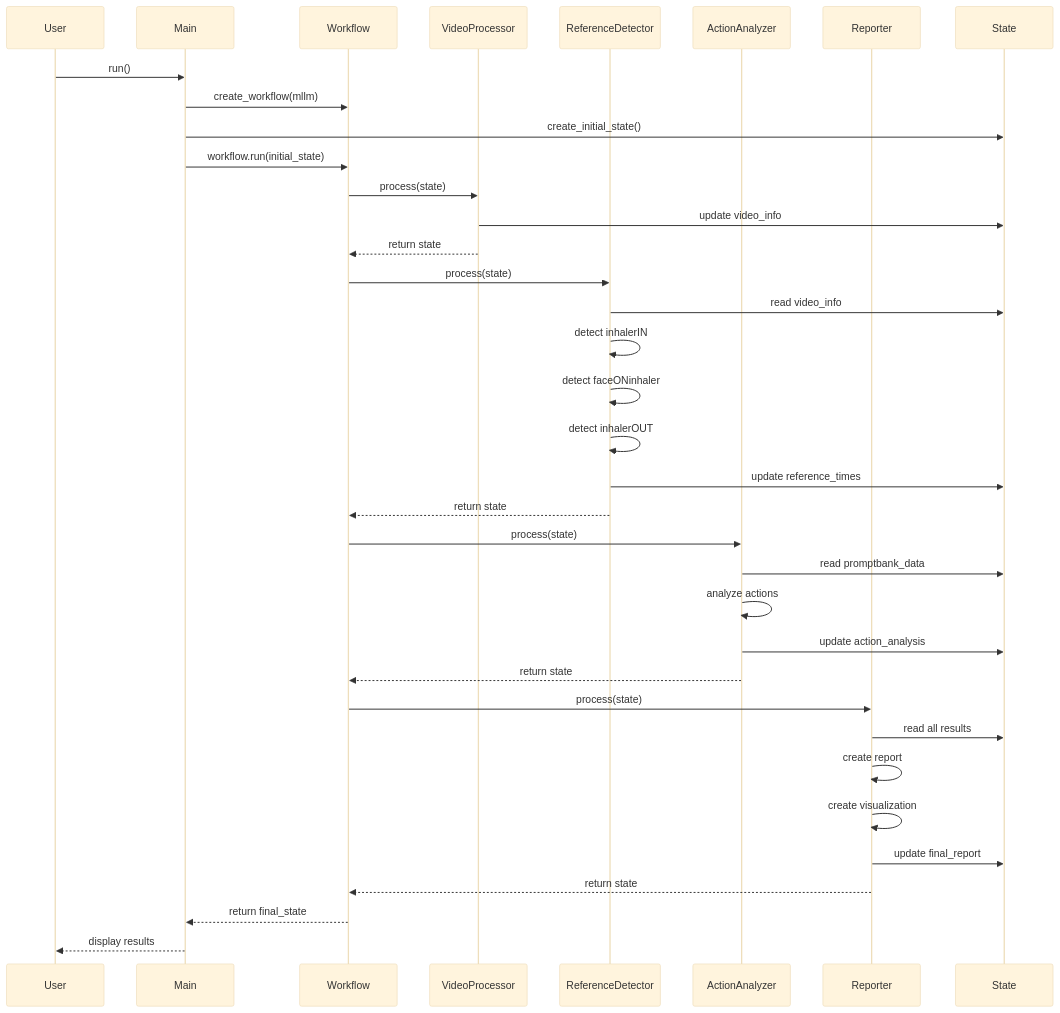
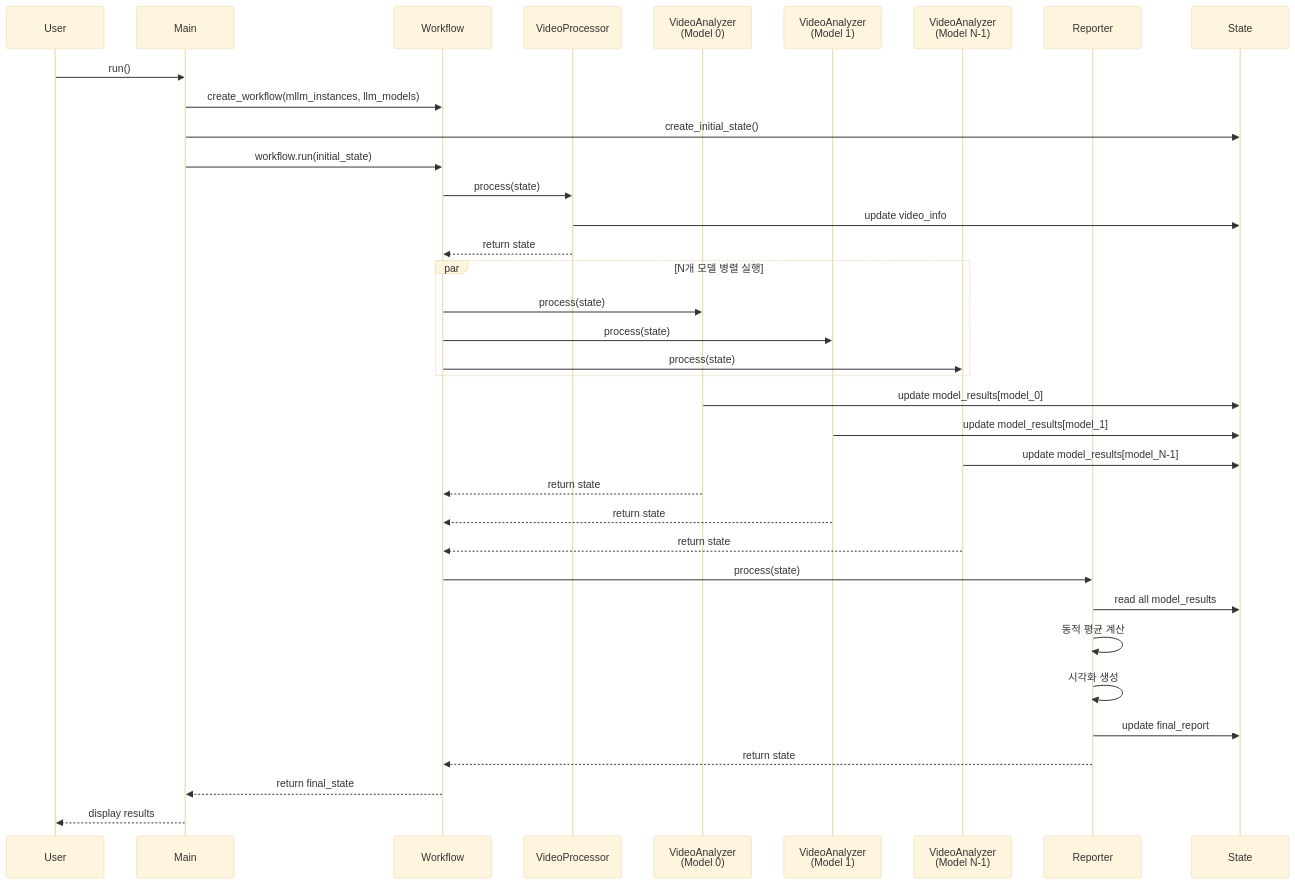
The sixth of 12 diagrams in app/ARCHITECTURE.md (BrianTakion/AI_inhaler_Langgraph), drawn with Mermaid (base theme) before and after one commit. The commit also changed other lines of this file and 29 other files, not shown here.

````diff
--- a/app/ARCHITECTURE.md
+++ b/app/ARCHITECTURE.md
@@ -277,44 +284,45 @@
 ```mermaid
 sequenceDiagram
     participant User
     participant Main
     participant Workflow
     participant VP as VideoProcessor
-    participant RD as ReferenceDetector
-    participant AA as ActionAnalyzer
+    participant VA1 as VideoAnalyzer<br/>(Model 0)
+    participant VA2 as VideoAnalyzer<br/>(Model 1)
+    participant VAN as VideoAnalyzer<br/>(Model N-1)
     participant RA as Reporter
     participant State
     
     User->>Main: run()
-    Main->>Workflow: create_workflow(mllm)
+    Main->>Workflow: create_workflow(mllm_instances, llm_models)
     Main->>State: create_initial_state()
     Main->>Workflow: workflow.run(initial_state)
     
     Workflow->>VP: process(state)
     VP->>State: update video_info
     VP-->>Workflow: return state
     
-    Workflow->>RD: process(state)
-    RD->>State: read video_info
-    RD->>RD: detect inhalerIN
-    RD->>RD: detect faceONinhaler
-    RD->>RD: detect inhalerOUT
-    RD->>State: update reference_times
-    RD-->>Workflow: return state
+    par N개 모델 병렬 실행
+        Workflow->>VA1: process(state)
+        Workflow->>VA2: process(state)
+        Workflow->>VAN: process(state)
+    end
     
-    Workflow->>AA: process(state)
-    AA->>State: read promptbank_data
-    AA->>AA: analyze actions
-    AA->>State: update action_analysis
-    AA-->>Workflow: return state
+    VA1->>State: update model_results[model_0]
+    VA2->>State: update model_results[model_1]
+    VAN->>State: update model_results[model_N-1]
+    
+    VA1-->>Workflow: return state
+    VA2-->>Workflow: return state
+    VAN-->>Workflow: return state
     
     Workflow->>RA: process(state)
-    RA->>State: read all results
-    RA->>RA: create report
-    RA->>RA: create visualization
+    RA->>State: read all model_results
+    RA->>RA: 동적 평균 계산
+    RA->>RA: 시각화 생성
     RA->>State: update final_report
     RA-->>Workflow: return state
     
     Workflow-->>Main: return final_state
     Main-->>User: display results
 ```
````
